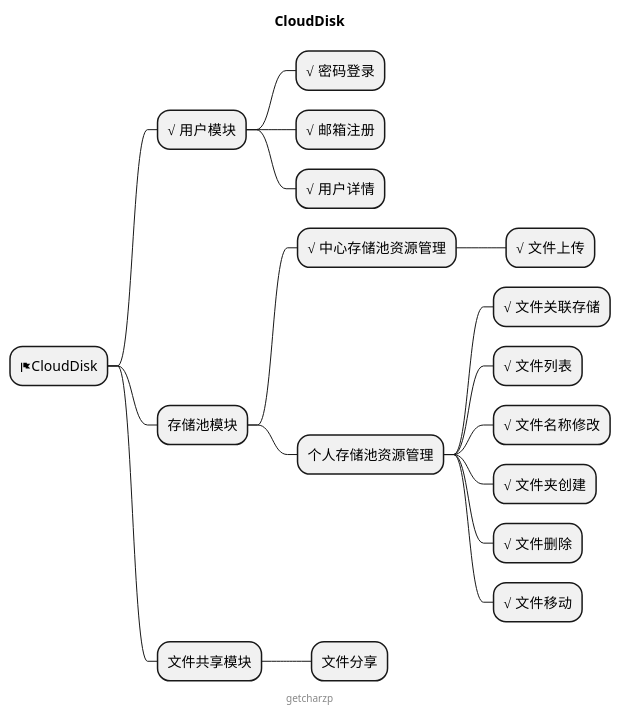
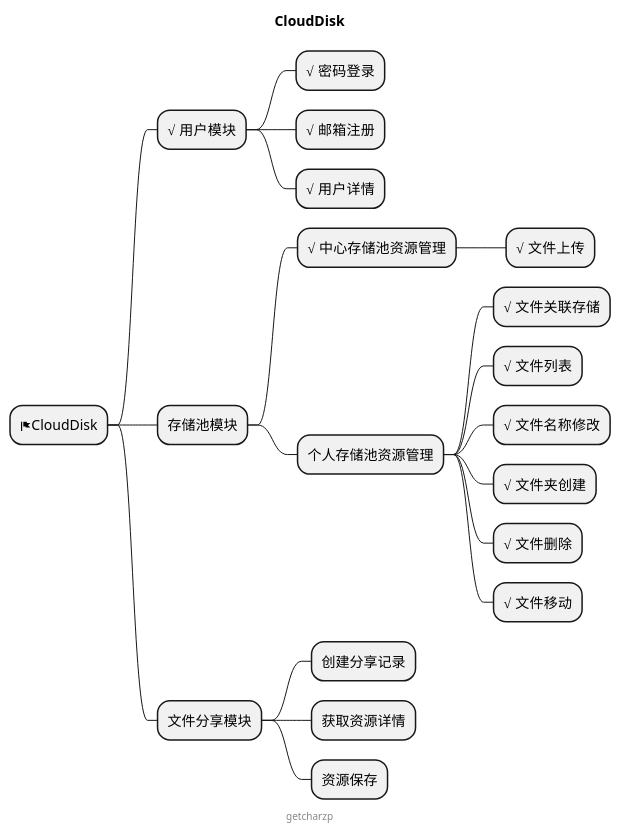
Before and after one commit to GetcharZp/cloud-disk: the diagram in MIND.puml, drawn with PlantUML. The commit also changed 6 other files, not shown here.

```diff
--- a/MIND.puml
+++ b/MIND.puml
@@ -1,25 +1,27 @@
 @startmindmap
 
 title CloudDisk
 
 * <&flag>CloudDisk
 ** √ 用户模块
 *** √ 密码登录
 *** √ 邮箱注册
 *** √ 用户详情
 ** 存储池模块
 *** √ 中心存储池资源管理
 **** √ 文件上传
 *** 个人存储池资源管理
 **** √ 文件关联存储
 **** √ 文件列表
 **** √ 文件名称修改
 **** √ 文件夹创建
 **** √ 文件删除
 **** √ 文件移动
-** 文件共享模块
-*** 文件分享
+** 文件分享模块
+*** 创建分享记录
+*** 获取资源详情
+*** 资源保存
 
 center footer getcharzp
 
 @endmindmap
```
